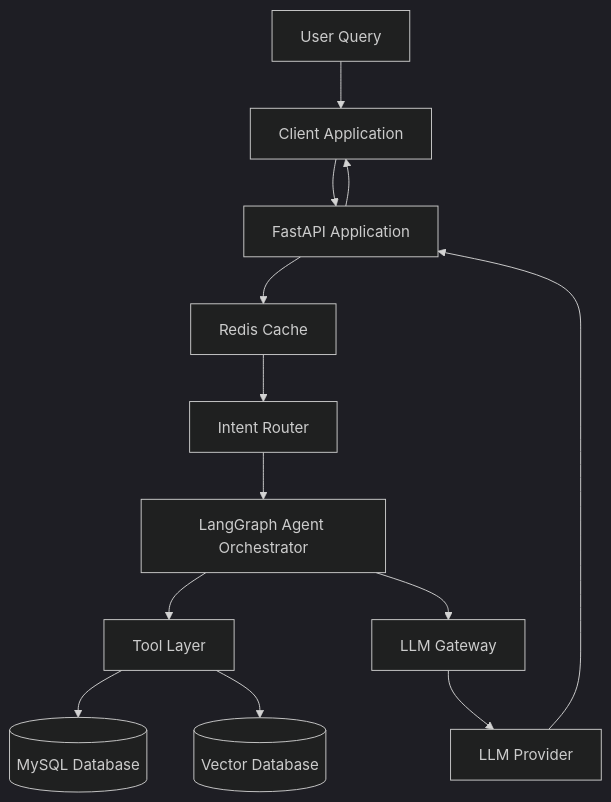
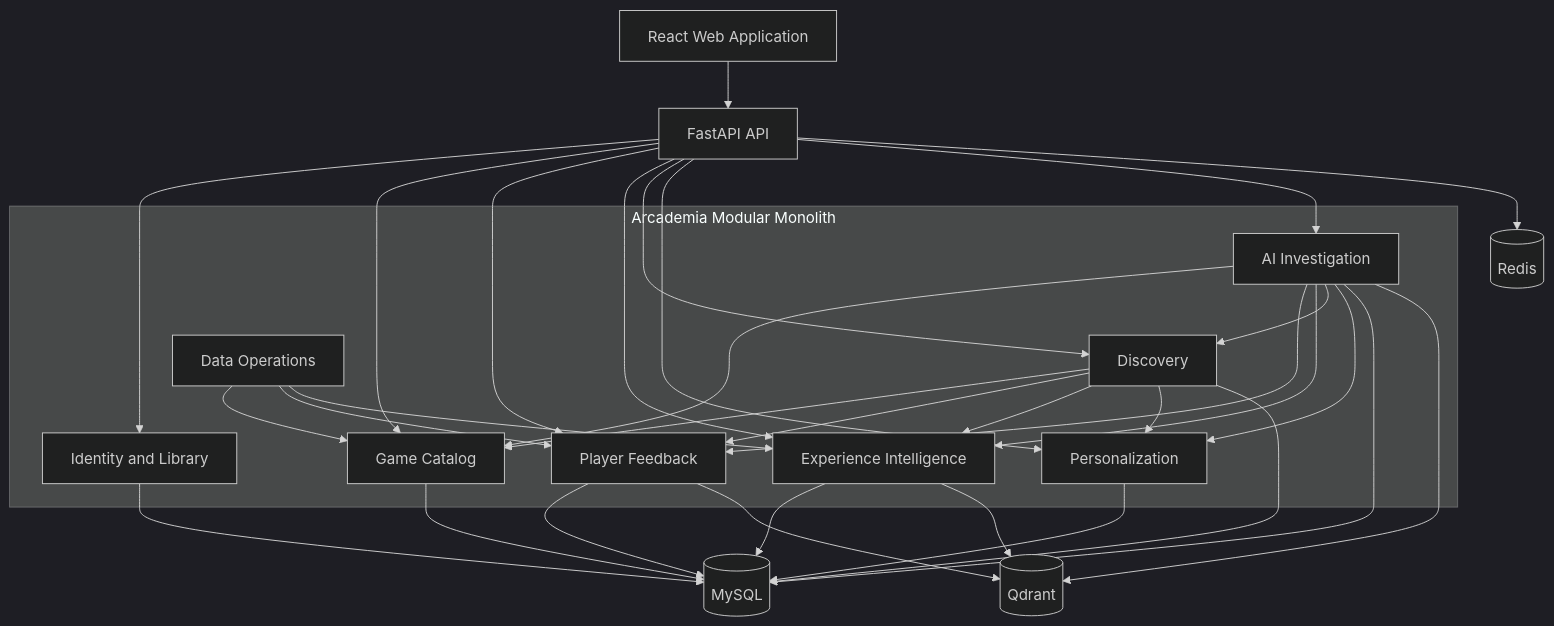
One commit to Rachit47/Arcademia-AI changed the third of 9 diagrams in docs/ArcademiaAI_Software_Design_Document.md. Above: the diagram before and after it, drawn with Mermaid (dark theme). The commit also changed other lines of this file, not shown here.

````diff
--- a/docs/ArcademiaAI_Software_Design_Document.md
+++ b/docs/ArcademiaAI_Software_Design_Document.md
@@ -807,50 +574,53 @@
 ```mermaid
-flowchart TD
+flowchart TB
+    Web[React Web Application]
+    API[FastAPI API]
 
-User[User Query]
+    subgraph App[Arcademia Modular Monolith]
+        Identity[Identity and Library]
+        Catalog[Game Catalog]
+        Feedback[Player Feedback]
+        Experience[Experience Intelligence]
+        Discovery[Discovery]
+        Personalization[Personalization]
+        AI[AI Investigation]
+        DataOps[Data Operations]
+    end
 
-Client[Client Application]
+    Web --> API
+    API --> Identity
+    API --> Catalog
+    API --> Feedback
+    API --> Experience
+    API --> Discovery
+    API --> Personalization
+    API --> AI
 
-API[FastAPI Application]
+    Discovery --> Catalog
+    Discovery --> Feedback
+    Discovery --> Experience
+    Discovery --> Personalization
 
-Cache[Redis Cache]
+    AI --> Catalog
+    AI --> Feedback
+    AI --> Experience
+    AI --> Discovery
+    AI --> Personalization
 
-Router[Intent Router]
+    DataOps --> Catalog
+    DataOps --> Feedback
+    DataOps --> Experience
 
-Agent[LangGraph Agent Orchestrator]
+    Catalog --> MySQL[(MySQL)]
+    Feedback --> MySQL
+    Experience --> MySQL
+    Discovery --> MySQL
+    Personalization --> MySQL
+    Identity --> MySQL
+    AI --> MySQL
 
-Tools[Tool Layer]
-
-MySQL[(MySQL Database)]
-
-Vector[(Vector Database)]
-
-LLMGateway[LLM Gateway]
-
-LLM[LLM Provider]
-
-
-User --> Client
-
-Client --> API
-
-API --> Cache
-
-Cache --> Router
-
-Router --> Agent
-
-Agent --> Tools
-
-Tools --> MySQL
-
-Tools --> Vector
-
-Agent --> LLMGateway
-
-LLMGateway --> LLM
-
-LLM --> API
-
-API --> Client
+    Feedback --> Qdrant[(Qdrant)]
+    Experience --> Qdrant
+    AI --> Qdrant
+    API --> Redis[(Redis)]
 ```
````
